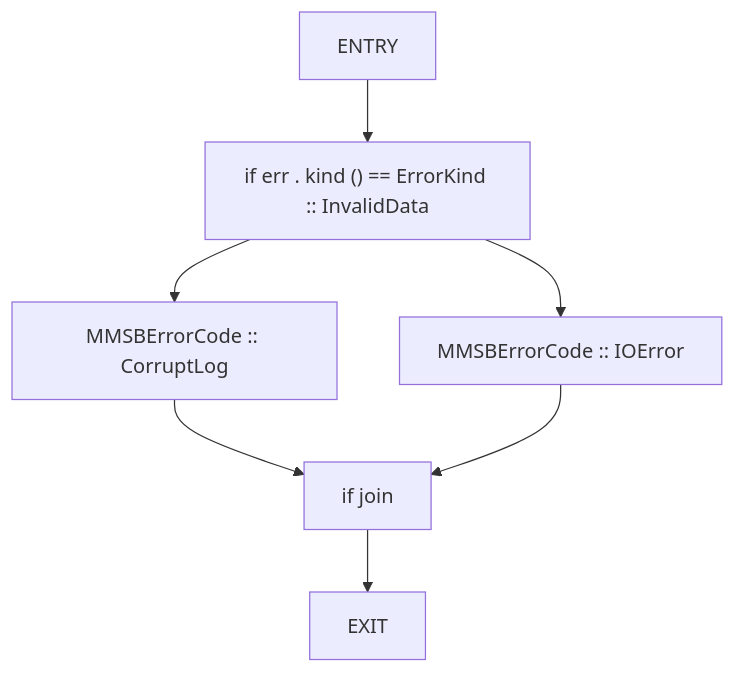
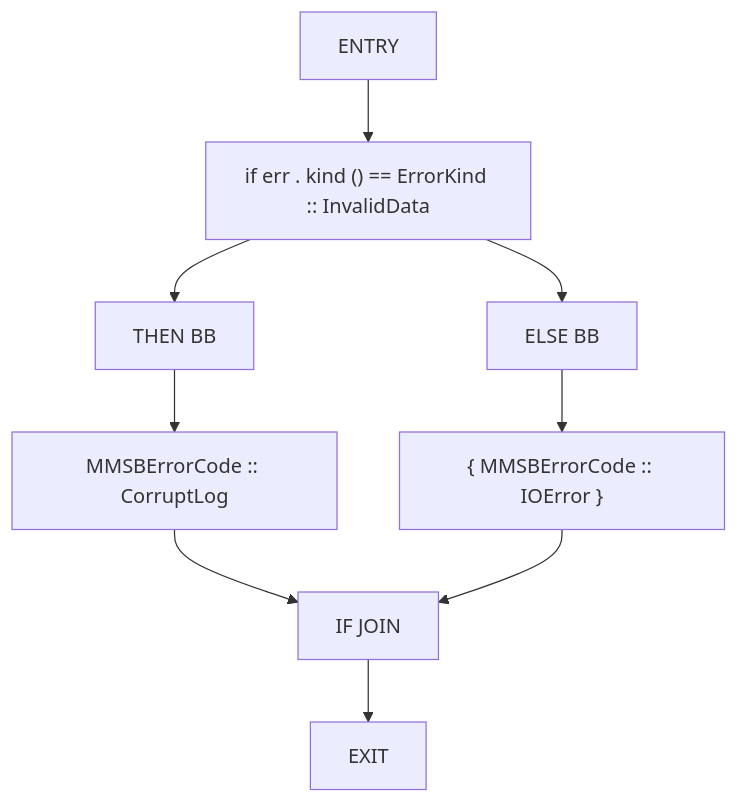
The second of 56 diagrams in docs/analysis/cfg/080-src-ffi_rs.md (cicero-violate/MMSB), drawn with Mermaid before and after one commit. The commit also changed other lines of this file and 865 other files, not shown here.

````diff
--- a/docs/analysis/cfg/080-src-ffi_rs.md
+++ b/docs/analysis/cfg/080-src-ffi_rs.md
@@ -28,15 +28,19 @@
 ```mermaid
 flowchart TD
     log_error_code_0["ENTRY"]
     log_error_code_1["if err . kind () == ErrorKind :: InvalidData"]
-    log_error_code_2["MMSBErrorCode :: CorruptLog"]
-    log_error_code_3["MMSBErrorCode :: IOError"]
-    log_error_code_4["if join"]
-    log_error_code_5["EXIT"]
+    log_error_code_2["THEN BB"]
+    log_error_code_3["MMSBErrorCode :: CorruptLog"]
+    log_error_code_4["ELSE BB"]
+    log_error_code_5["{ MMSBErrorCode :: IOError }"]
+    log_error_code_6["IF JOIN"]
+    log_error_code_7["EXIT"]
     log_error_code_0 --> log_error_code_1
     log_error_code_1 --> log_error_code_2
-    log_error_code_1 --> log_error_code_3
-    log_error_code_2 --> log_error_code_4
-    log_error_code_3 --> log_error_code_4
+    log_error_code_2 --> log_error_code_3
+    log_error_code_1 --> log_error_code_4
     log_error_code_4 --> log_error_code_5
+    log_error_code_3 --> log_error_code_6
+    log_error_code_5 --> log_error_code_6
+    log_error_code_6 --> log_error_code_7
 ```
````
